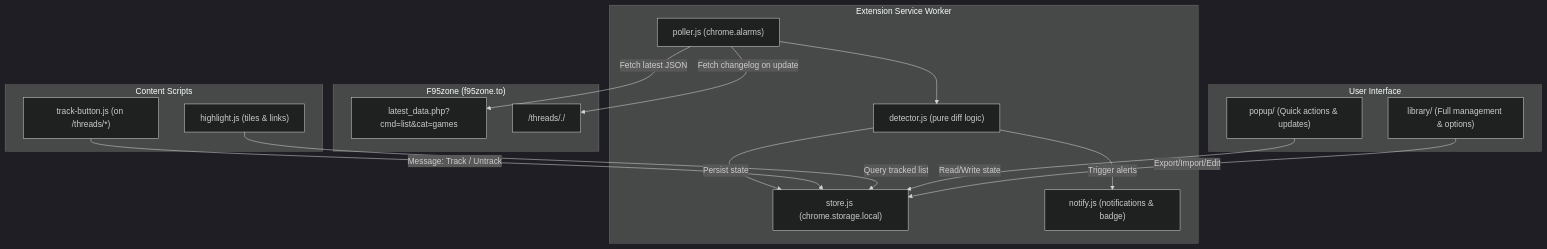
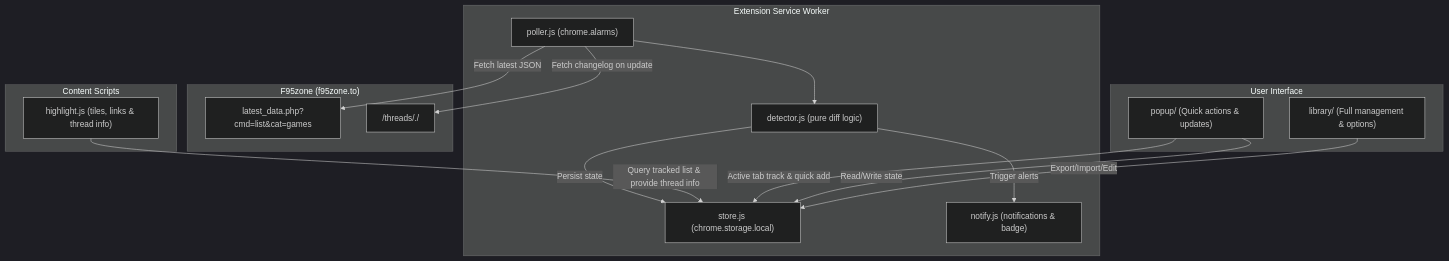
One commit to LoginRs99/F95UpdateCheckerExtension changed the diagram in docs/ARCHITECTURE.md. Above: the diagram before and after it, drawn with Mermaid (dark theme). The commit also changed 17 other files, not shown here.

````diff
--- a/docs/ARCHITECTURE.md
+++ b/docs/ARCHITECTURE.md
@@ -6,34 +6,33 @@
 ```mermaid
 flowchart TD
     subgraph Forum ["F95zone (f95zone.to)"]
         ForumAPI["latest_data.php?cmd=list&cat=games"]
         ForumThread["/threads/<slug>.<id>/"]
     end
 
     subgraph Content ["Content Scripts"]
-        TrackBtn["track-button.js (on /threads/*)"]
-        Highlight["highlight.js (tiles & links)"]
+        Highlight["highlight.js (tiles, links & thread info)"]
     end
 
     subgraph Extension ["Extension Service Worker"]
         Poller["poller.js (chrome.alarms)"]
         Detector["detector.js (pure diff logic)"]
         Store["store.js (chrome.storage.local)"]
         Notify["notify.js (notifications & badge)"]
     end
 
     subgraph UI ["User Interface"]
         Popup["popup/ (Quick actions & updates)"]
         Library["library/ (Full management & options)"]
     end
 
     Poller -->|Fetch latest JSON| ForumAPI
     Poller -->|Fetch changelog on update| ForumThread
     Poller --> Detector
     Detector -->|Persist state| Store
     Detector -->|Trigger alerts| Notify
-    TrackBtn -->|Message: Track / Untrack| Store
-    Highlight -->|Query tracked list| Store
+    Highlight -->|Query tracked list & provide thread info| Store
+    Popup -->|Active tab track & quick add| Store
     Popup -->|Read/Write state| Store
     Library -->|Export/Import/Edit| Store
 ```
````
